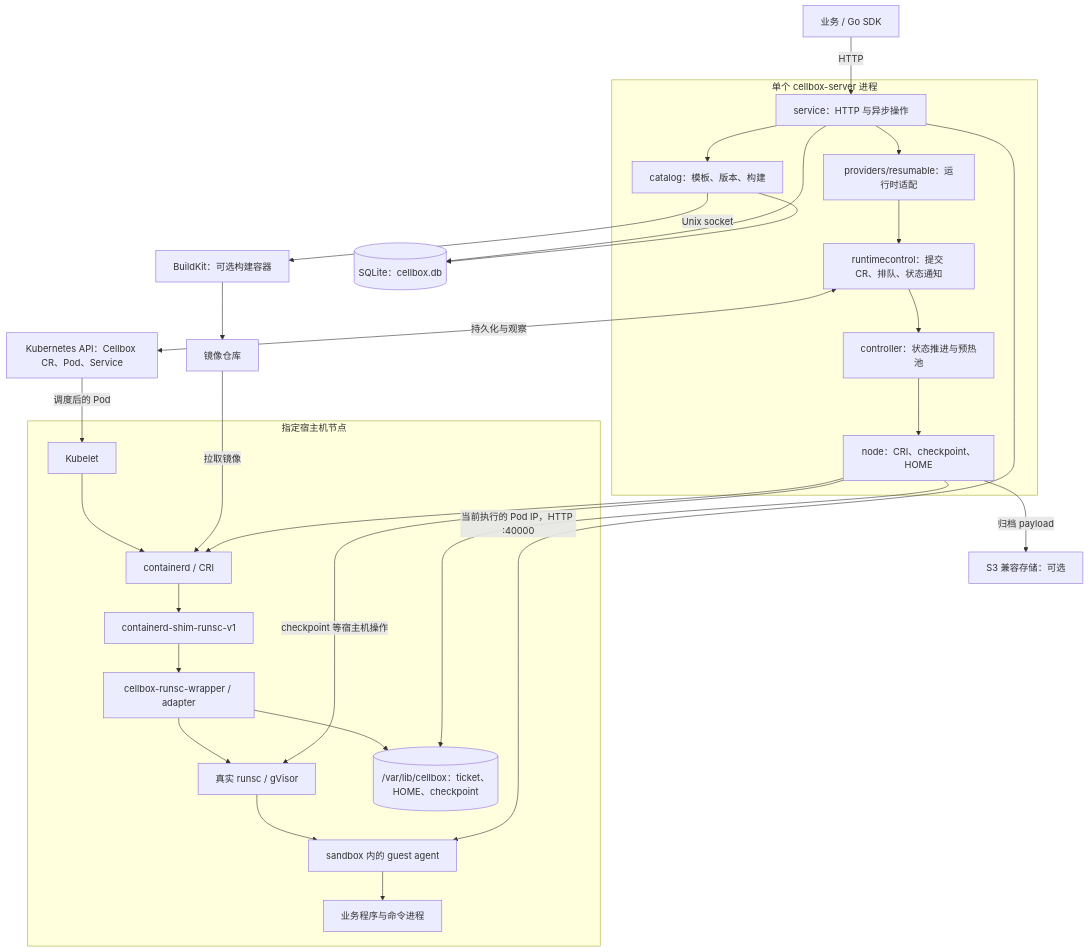
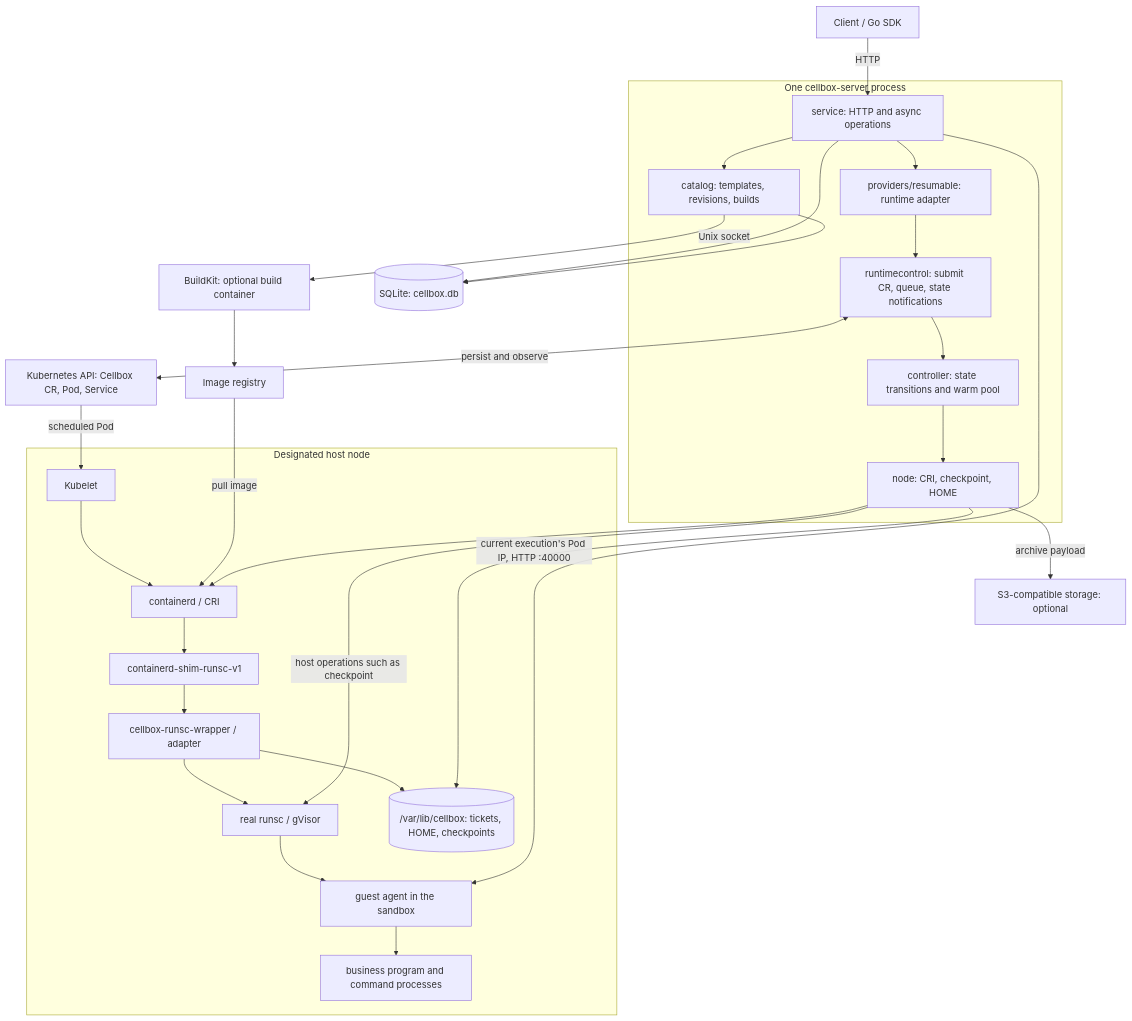
The first of 2 diagrams in docs/architecture.md (jingyugao/cell-box), drawn with Mermaid before and after one commit. The commit also changed other lines of this file and 1 other file, not shown here.

First line of the commit message:
docs: rewrite the warm pool and architecture guides in English

````diff
--- a/docs/architecture.md
+++ b/docs/architecture.md
@@ -21,37 +21,37 @@
 ```mermaid
 flowchart TB
-    Client["业务 / Go SDK"] -->|HTTP| API
+    Client["Client / Go SDK"] -->|HTTP| API
 
-    subgraph Server["单个 cellbox-server 进程"]
-        API["service：HTTP 与异步操作"] --> Provider["providers/resumable：运行时适配"]
-        API --> Catalog["catalog：模板、版本、构建"]
-        Provider --> Local["runtimecontrol：提交 CR、排队、状态通知"]
-        Local --> Controller["controller：状态推进与预热池"]
-        Controller --> Backend["node：CRI、checkpoint、HOME"]
+    subgraph Server["One cellbox-server process"]
+        API["service: HTTP and async operations"] --> Provider["providers/resumable: runtime adapter"]
+        API --> Catalog["catalog: templates, revisions, builds"]
+        Provider --> Local["runtimecontrol: submit CR, queue, state notifications"]
+        Local --> Controller["controller: state transitions and warm pool"]
+        Controller --> Backend["node: CRI, checkpoint, HOME"]
     end
 
-    API --> DB[("SQLite：cellbox.db")]
+    API --> DB[("SQLite: cellbox.db")]
     Catalog --> DB
-    Catalog -->|Unix socket| BuildKit["BuildKit：可选构建容器"]
-    BuildKit --> Registry["镜像仓库"]
-    Local <-->|持久化与观察| K8S["Kubernetes API：Cellbox CR、Pod、Service"]
-    K8S -->|调度后的 Pod| Kubelet
+    Catalog -->|Unix socket| BuildKit["BuildKit: optional build container"]
+    BuildKit --> Registry["Image registry"]
+    Local <-->|persist and observe| K8S["Kubernetes API: Cellbox CR, Pod, Service"]
+    K8S -->|scheduled Pod| Kubelet
 
-    subgraph Host["指定宿主机节点"]
+    subgraph Host["Designated host node"]
         Kubelet --> CRI["containerd / CRI"]
         CRI --> Shim["containerd-shim-runsc-v1"]
         Shim --> Wrapper["cellbox-runsc-wrapper / adapter"]
-        Wrapper --> Runsc["真实 runsc / gVisor"]
-        Runsc --> Guest["sandbox 内的 guest agent"]
-        Guest --> Workload["业务程序与命令进程"]
-        Files[("/var/lib/cellbox：ticket、HOME、checkpoint")]
+        Wrapper --> Runsc["real runsc / gVisor"]
+        Runsc --> Guest["guest agent in the sandbox"]
+        Guest --> Workload["business program and command processes"]
+        Files[("/var/lib/cellbox: tickets, HOME, checkpoints")]
         Wrapper --> Files
     end
 
-    Registry -->|拉取镜像| CRI
+    Registry -->|pull image| CRI
     Backend --> CRI
-    Backend -->|checkpoint 等宿主机操作| Runsc
+    Backend -->|host operations such as checkpoint| Runsc
     Backend --> Files
-    API -->|当前执行的 Pod IP，HTTP :40000| Guest
-    Backend -->|归档 payload| S3["S3 兼容存储：可选"]
+    API -->|current execution's Pod IP, HTTP :40000| Guest
+    Backend -->|archive payload| S3["S3-compatible storage: optional"]
 ```
````
